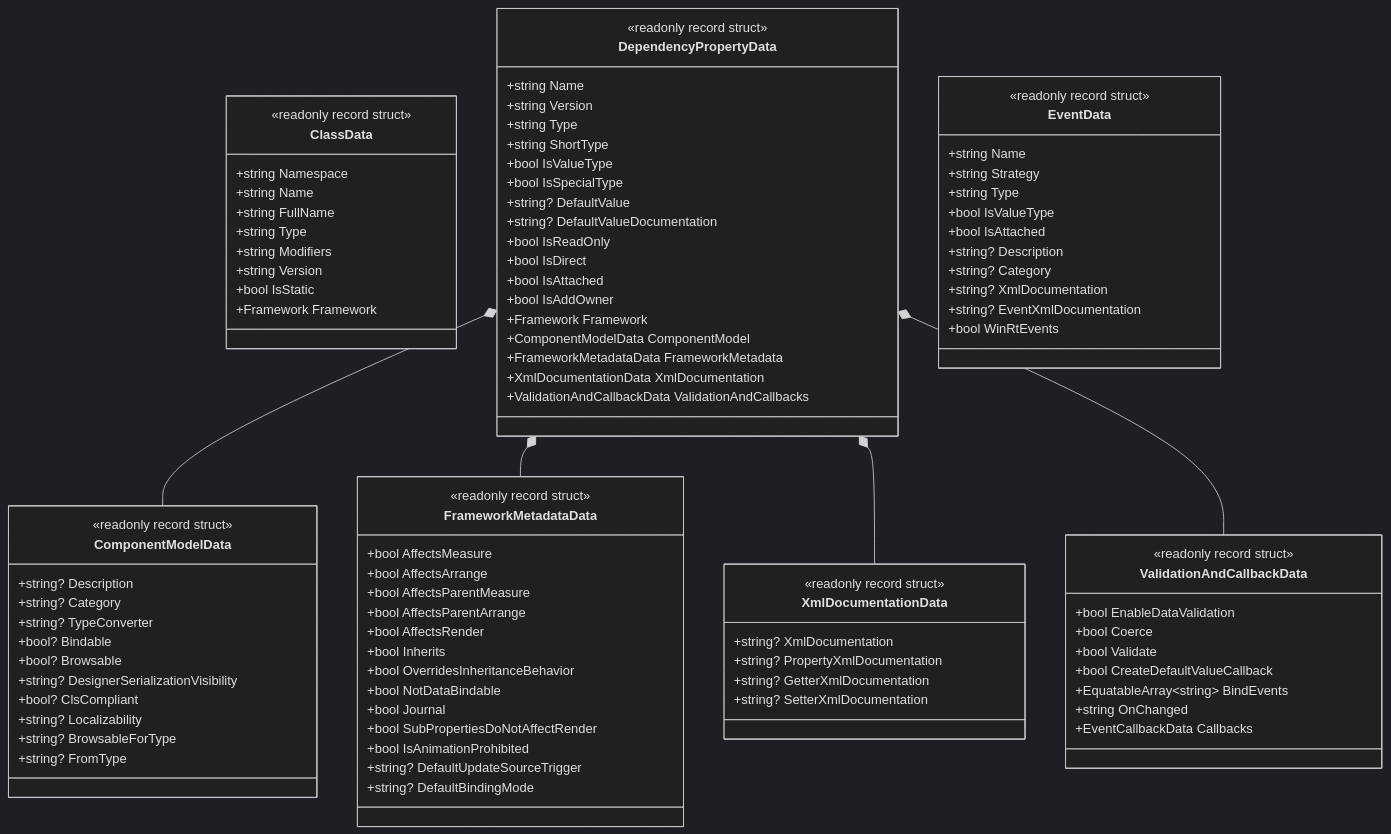
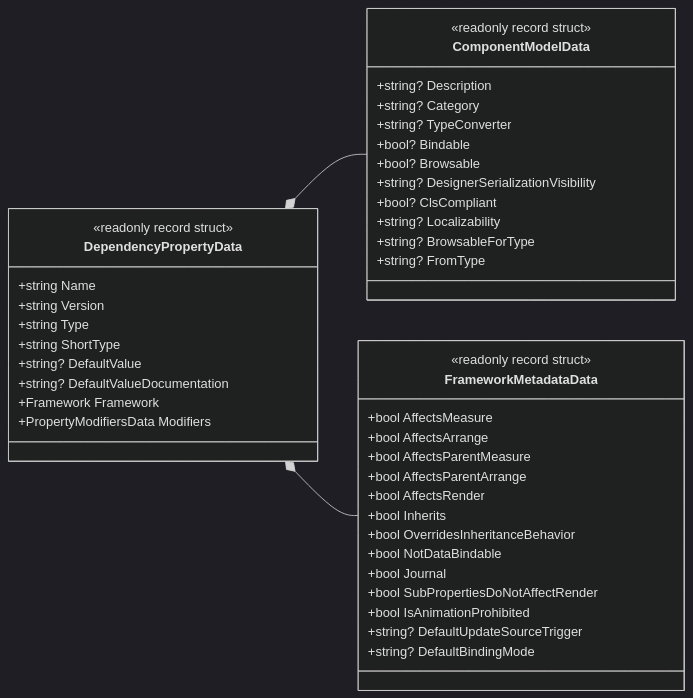
The third of 4 diagrams in spec/ja/01_foundation_and_domain.md (kassyi/DependencyPropertyGenerator), drawn with Mermaid (dark theme) before and after one commit. The commit also changed other lines of this file and 8 other files, not shown here.

````diff
--- a/spec/ja/01_foundation_and_domain.md
+++ b/spec/ja/01_foundation_and_domain.md
@@ -47,36 +145,17 @@
 ```mermaid
 classDiagram
-    class ClassData {
-        <<readonly record struct>>
-        +string Namespace
-        +string Name
-        +string FullName
-        +string Type
-        +string Modifiers
-        +string Version
-        +bool IsStatic
-        +Framework Framework
-    }
-
+    direction LR
     class DependencyPropertyData {
         <<readonly record struct>>
         +string Name
         +string Version
         +string Type
         +string ShortType
-        +bool IsValueType
-        +bool IsSpecialType
         +string? DefaultValue
         +string? DefaultValueDocumentation
-        +bool IsReadOnly
-        +bool IsDirect
-        +bool IsAttached
-        +bool IsAddOwner
         +Framework Framework
-        +ComponentModelData ComponentModel
-        +FrameworkMetadataData FrameworkMetadata
-        +XmlDocumentationData XmlDocumentation
-        +ValidationAndCallbackData ValidationAndCallbacks
+        +PropertyModifiersData Modifiers
+        %% Other SubModels (ComponentModel, FrameworkMetadata, etc.)
     }
 
     class ComponentModelData {
@@ -109,42 +188,6 @@
         +string? DefaultUpdateSourceTrigger
         +string? DefaultBindingMode
     }
-
-    class ValidationAndCallbackData {
-        <<readonly record struct>>
-        +bool EnableDataValidation
-        +bool Coerce
-        +bool Validate
-        +bool CreateDefaultValueCallback
-        +EquatableArray~string~ BindEvents
-        +string OnChanged
-        +EventCallbackData Callbacks
-    }
-
-    class XmlDocumentationData {
-        <<readonly record struct>>
-        +string? XmlDocumentation
-        +string? PropertyXmlDocumentation
-        +string? GetterXmlDocumentation
-        +string? SetterXmlDocumentation
-    }
-
-    class EventData {
-        <<readonly record struct>>
-        +string Name
-        +string Strategy
-        +string Type
-        +bool IsValueType
-        +bool IsAttached
-        +string? Description
-        +string? Category
-        +string? XmlDocumentation
-        +string? EventXmlDocumentation
-        +bool WinRtEvents
-    }
-
     DependencyPropertyData *-- ComponentModelData
     DependencyPropertyData *-- FrameworkMetadataData
-    DependencyPropertyData *-- XmlDocumentationData
-    DependencyPropertyData *-- ValidationAndCallbackData
 ```
````
